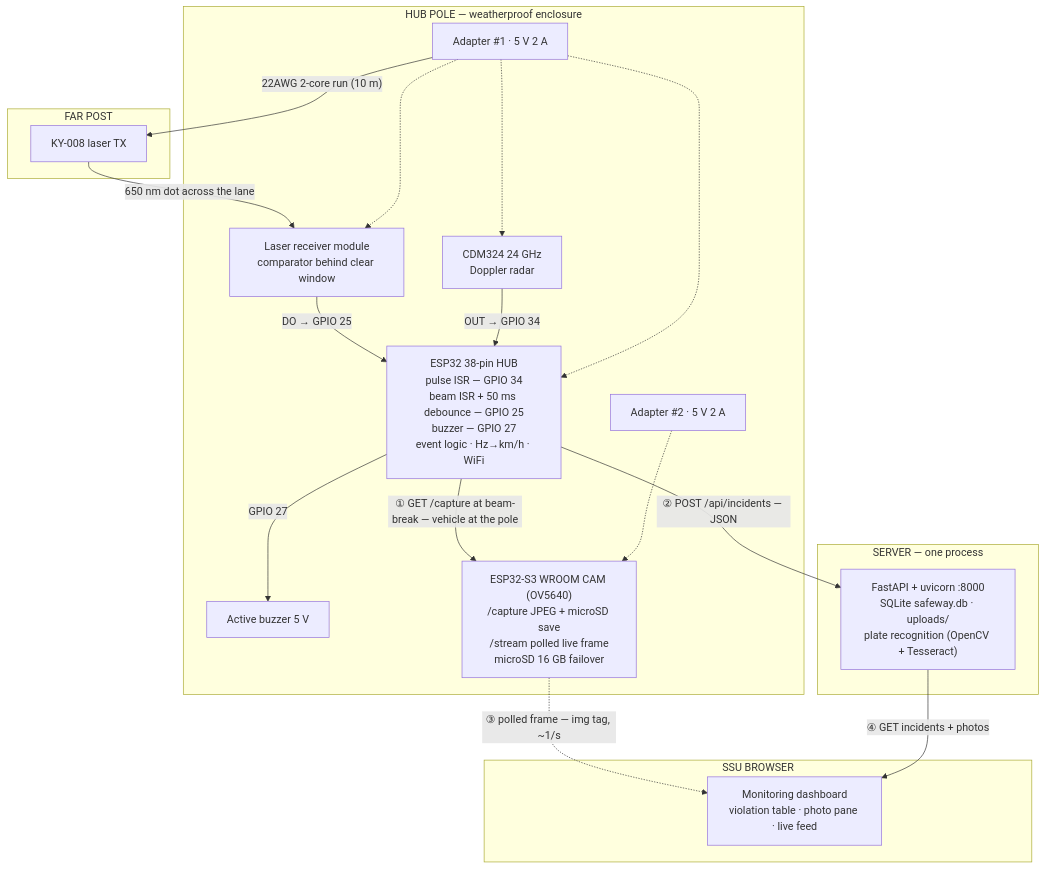
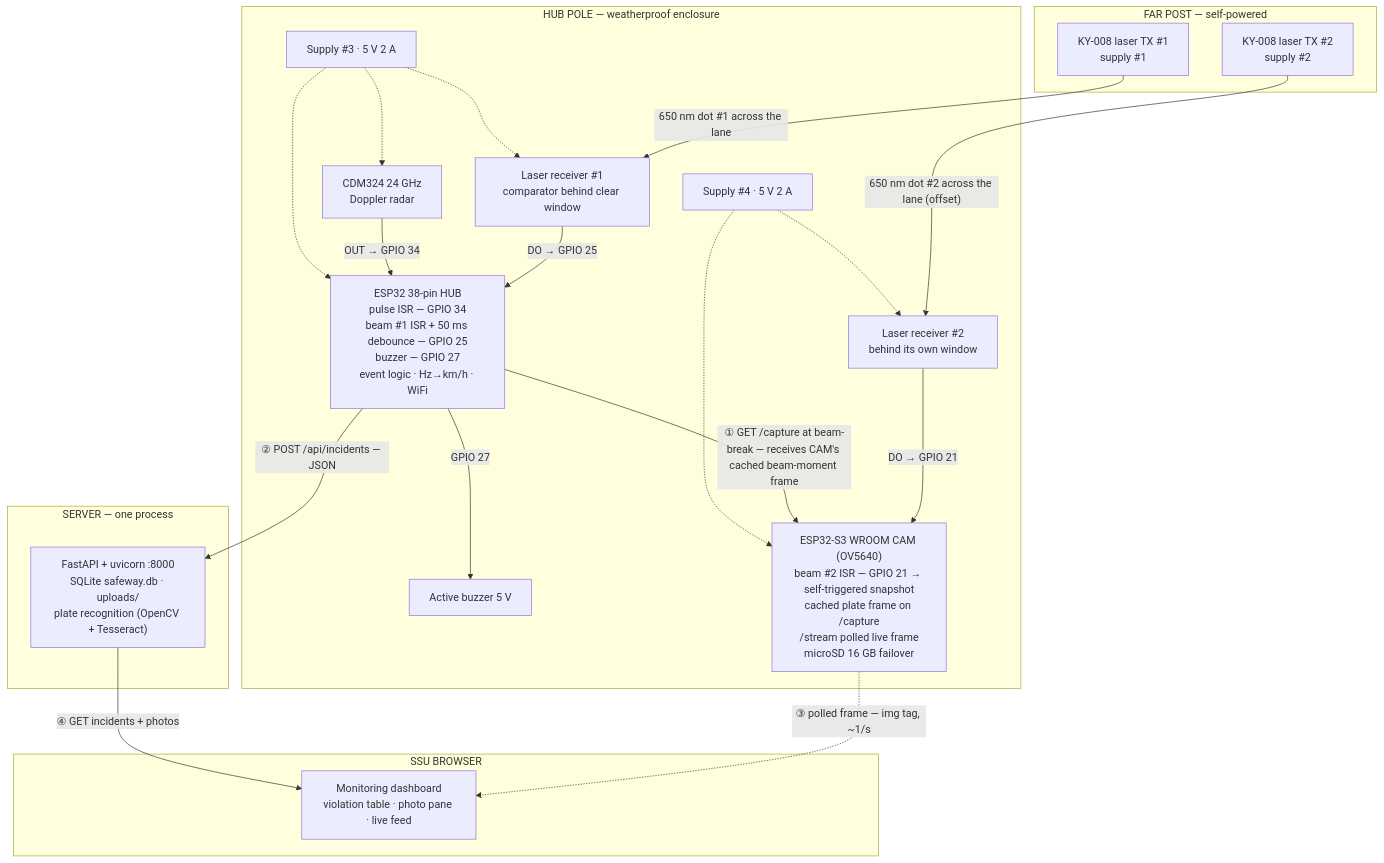
The first of 2 diagrams in docs/BLOCK-DIAGRAM.md (qppd/safeway), drawn with Mermaid before and after one commit. The commit also changed other lines of this file and 11 other files, not shown here.

First line of the commit message:
Split power: 4 supplies, dual far-post beams, CAM self-trigger

````diff
--- a/docs/BLOCK-DIAGRAM.md
+++ b/docs/BLOCK-DIAGRAM.md
@@ -9,38 +9,42 @@
 ```mermaid
 flowchart TB
-    subgraph FAR["FAR POST"]
-        TX["KY-008 laser TX"]
+    subgraph FAR["FAR POST — self-powered"]
+        TX1["KY-008 laser TX #1<br/>supply #1"]
+        TX2["KY-008 laser TX #2<br/>supply #2"]
     end
 
     subgraph POLE["HUB POLE — weatherproof enclosure"]
-        RX["Laser receiver module<br/>comparator behind clear window"]
+        RX1["Laser receiver #1<br/>comparator behind clear window"]
+        RX2["Laser receiver #2<br/>behind its own window"]
         RADAR["CDM324 24 GHz<br/>Doppler radar"]
         BUZZ["Active buzzer 5 V"]
-        HUB["ESP32 38-pin HUB<br/>pulse ISR — GPIO 34<br/>beam ISR + 50 ms debounce — GPIO 25<br/>buzzer — GPIO 27<br/>event logic · Hz→km/h · WiFi"]
-        CAM["ESP32-S3 WROOM CAM (OV5640)<br/>/capture JPEG + microSD save<br/>/stream polled live frame<br/>microSD 16 GB failover"]
-        P1["Adapter #1 · 5 V 2 A"]
-        P2["Adapter #2 · 5 V 2 A"]
+        HUB["ESP32 38-pin HUB<br/>pulse ISR — GPIO 34<br/>beam #1 ISR + 50 ms debounce — GPIO 25<br/>buzzer — GPIO 27<br/>event logic · Hz→km/h · WiFi"]
+        CAM["ESP32-S3 WROOM CAM (OV5640)<br/>beam #2 ISR — GPIO 21 → self-triggered snapshot<br/>cached plate frame on /capture<br/>/stream polled live frame<br/>microSD 16 GB failover"]
+        P3["Supply #3 · 5 V 2 A"]
+        P4["Supply #4 · 5 V 2 A"]
     end
 
     subgraph SRV["SERVER — one process"]
         API["FastAPI + uvicorn :8000<br/>SQLite safeway.db · uploads/<br/>plate recognition (OpenCV + Tesseract)"]
     end
 
     subgraph SSU["SSU BROWSER"]
         DASH["Monitoring dashboard<br/>violation table · photo pane · live feed"]
     end
 
-    TX -- "650 nm dot across the lane" --> RX
-    RX -- "DO → GPIO 25" --> HUB
+    TX1 -- "650 nm dot #1 across the lane" --> RX1
+    TX2 -- "650 nm dot #2 across the lane (offset)" --> RX2
+    RX1 -- "DO → GPIO 25" --> HUB
+    RX2 -- "DO → GPIO 21" --> CAM
     RADAR -- "OUT → GPIO 34" --> HUB
     HUB -- "GPIO 27" --> BUZZ
-    HUB -- "① GET /capture at beam-break — vehicle at the pole" --> CAM
+    HUB -- "① GET /capture at beam-break — receives CAM's cached beam-moment frame" --> CAM
     HUB -- "② POST /api/incidents — JSON" --> API
     CAM -. "③ polled frame — img tag, ~1/s" .-> DASH
     API -- "④ GET incidents + photos" --> DASH
-    P1 -.-> HUB
-    P1 -.-> RADAR
-    P1 -.-> RX
-    P1 -- "22AWG 2-core run (10 m)" --> TX
-    P2 -.-> CAM
+    P3 -.-> HUB
+    P3 -.-> RADAR
+    P3 -.-> RX1
+    P4 -.-> CAM
+    P4 -.-> RX2
 ```
````
